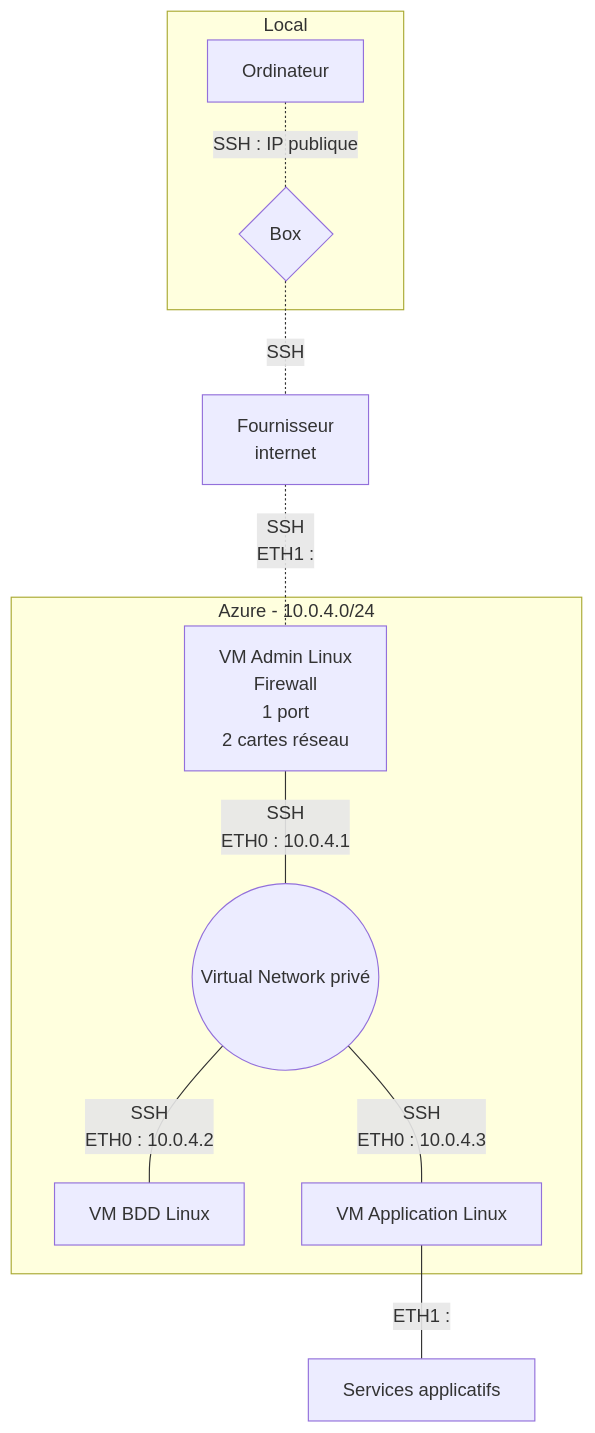
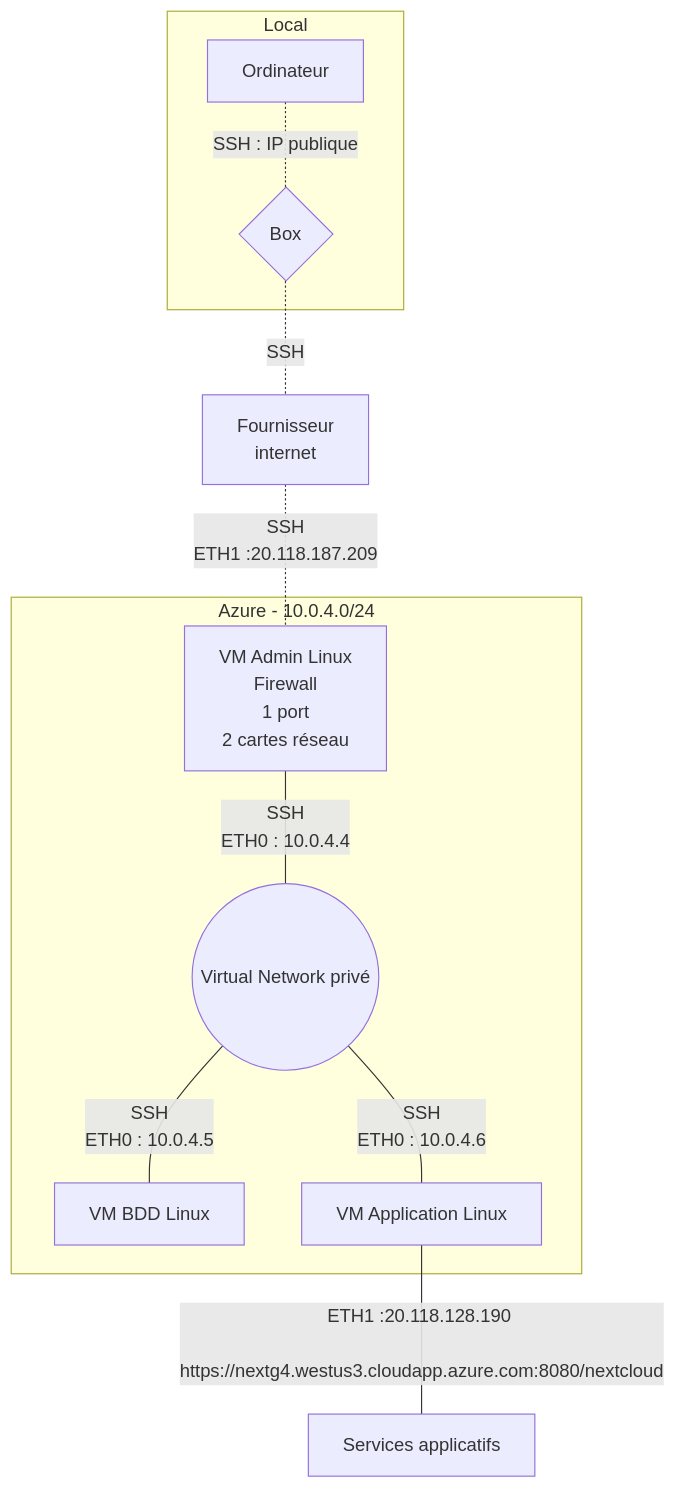
One commit to simplon-ThomasJulian/Brief2_Groupe4 changed the diagram in Brief2_Plan d'action.md. Above: the diagram before and after it, drawn with Mermaid. The commit also changed other lines of this file, not shown here.

````diff
--- a/Brief2_Plan d'action.md
+++ b/Brief2_Plan d'action.md
@@ -7,14 +7,14 @@
 ```mermaid
 flowchart TD
     subgraph Local
     Ordinateur[Ordinateur] -.-|SSH : IP publique| Box{Box}
     end
     Box -.-|SSH| Internet[Fournisseur <br /> internet]
-    Internet -.-|SSH <br /> ETH1 : | VMAdmin[VM Admin Linux <br /> Firewall <br /> 1 port <br /> 2 cartes réseau]
+    Internet -.-|SSH <br /> ETH1 :20.118.187.209 | VMAdmin[VM Admin Linux <br /> Firewall <br /> 1 port <br /> 2 cartes réseau]
     subgraph Azure - 10.0.4.0/24
-    VMAdmin ---|SSH  <br /> ETH0 : 10.0.4.1| VN((Virtual Network privé))
-    VN ---|SSH  <br /> ETH0 : 10.0.4.2| BDD[VM BDD Linux]
-    VN ---|SSH  <br />  ETH0 : 10.0.4.3| Appli[VM Application Linux]
+    VMAdmin ---|SSH  <br /> ETH0 : 10.0.4.4| VN((Virtual Network privé))
+    VN ---|SSH  <br /> ETH0 : 10.0.4.5| BDD[VM BDD Linux]
+    VN ---|SSH  <br />  ETH0 : 10.0.4.6| Appli[VM Application Linux]
     end
-    Appli --- |ETH1 : | Services[Services applicatifs]
+    Appli --- |ETH1 :20.118.128.190 <br /> https://nextg4.westus3.cloudapp.azure.com:8080/nextcloud| Services[Services applicatifs]
 ```
````
